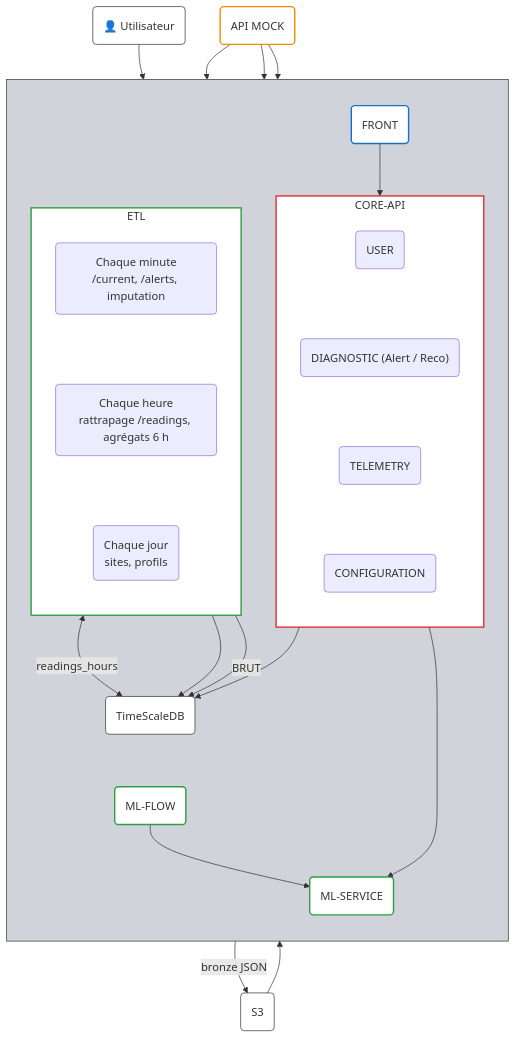
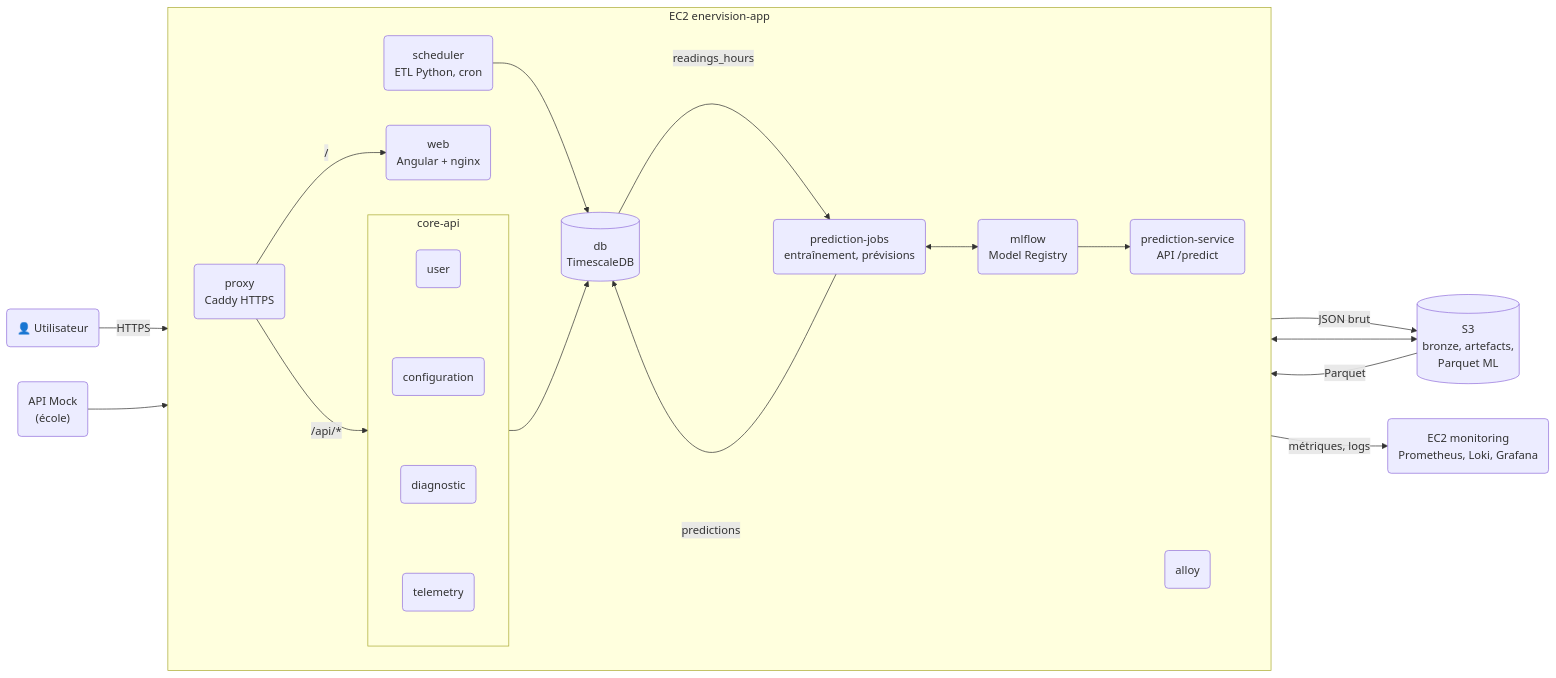
The diagram in docs/doc-technique/architecture-applicative.md (enervision-project/smart-energy-optimizer), drawn with Mermaid before and after one commit. The commit also changed other lines of this file and 5 other files, not shown here.

````diff
--- a/docs/doc-technique/architecture-applicative.md
+++ b/docs/doc-technique/architecture-applicative.md
@@ -4,64 +3,41 @@
 ```mermaid
-flowchart TD
-    USER_ACTOR("👤 Utilisateur")
-    API_MOCK("API MOCK")
+flowchart LR
+    USER("👤 Utilisateur")
+    MOCK("API Mock<br/>(école)")
 
-subgraph PLATFORM[" "]
-direction TB
-FRONT("FRONT")
+    subgraph APP["EC2 enervision-app"]
+        direction LR
+        PROXY("proxy<br/>Caddy HTTPS")
+        WEB("web<br/>Angular + nginx")
 
-subgraph CORE["CORE-API"]
-direction TB
-USER("USER")
-DIAG("DIAGNOSTIC (Alert / Reco)")
-TELEM("TELEMETRY")
-CONF("CONFIGURATION")
-USER ~~~ DIAG ~~~ TELEM ~~~ CONF
-end
+        subgraph CORE["core-api"]
+            direction TB
+            U("user") ~~~ C("configuration") ~~~ D("diagnostic") ~~~ T("telemetry")
+        end
 
-MLSERVICE("ML-SERVICE")
+        ETL("scheduler<br/>ETL Python, cron")
+        DB[("db<br/>TimescaleDB")]
+        JOBS("prediction-jobs<br/>entraînement, prévisions")
+        PRED("prediction-service<br/>API /predict")
+        MLFLOW("mlflow<br/>Model Registry")
+        ALLOY("alloy")
+    end
 
-subgraph ETL["ETL"]
-direction TB
-E60("Chaque minute<br/>/current, /alerts, imputation")
-EH("Chaque heure<br/>rattrapage /readings, agrégats 6 h")
-E1D("Chaque jour<br/>sites, profils")
-E60 ~~~ EH ~~~ E1D
-end
+    S3[("S3<br/>bronze, artefacts,<br/>Parquet ML")]
+    MON("EC2 monitoring<br/>Prometheus, Loki, Grafana")
 
-TSDB("TimeScaleDB")
-MLFLOW("ML-FLOW")
-end
-
-S3("S3")
-
-USER_ACTOR --> FRONT
-FRONT --> CORE
-TELEM --> MLSERVICE
-CORE --> TSDB
-
-API_MOCK --> E60
-API_MOCK --> EH
-API_MOCK --> E1D
-E60 -->|BRUT| TSDB
-E60 -->|bronze JSON| S3
-E1D --> TSDB
-TSDB <-->|readings_hours| EH
-
-S3 --> MLFLOW
-MLFLOW --> MLSERVICE
-
-ETL ~~~ TSDB ~~~ MLFLOW
-
-classDef front fill:#fff,stroke:#1971c2,stroke-width:2px
-classDef core fill:#fff,stroke:#e03131,stroke-width:2px
-classDef green fill:#fff,stroke:#2f9e44,stroke-width:2px
-classDef orange fill:#fff,stroke:#f08c00,stroke-width:2px
-classDef plain fill:#fff,stroke:#333,stroke-width:1px
-class FRONT front
-class CORE core
-class ETL,MLSERVICE,MLFLOW green
-class API_MOCK orange
-class TSDB,S3,USER_ACTOR plain
-style PLATFORM fill:#d0d4da,stroke:#333
+    USER -->|HTTPS| PROXY
+    PROXY -->|/| WEB
+    PROXY -->|/api/*| CORE
+    CORE --> DB
+    MOCK --> ETL
+    ETL --> DB
+    ETL -->|JSON brut| S3
+    DB -->|readings_hours| JOBS
+    JOBS -->|predictions| DB
+    S3 -->|Parquet| JOBS
+    JOBS <--> MLFLOW
+    MLFLOW <--> S3
+    MLFLOW --> PRED
+    ALLOY -->|métriques, logs| MON
 ```
````
